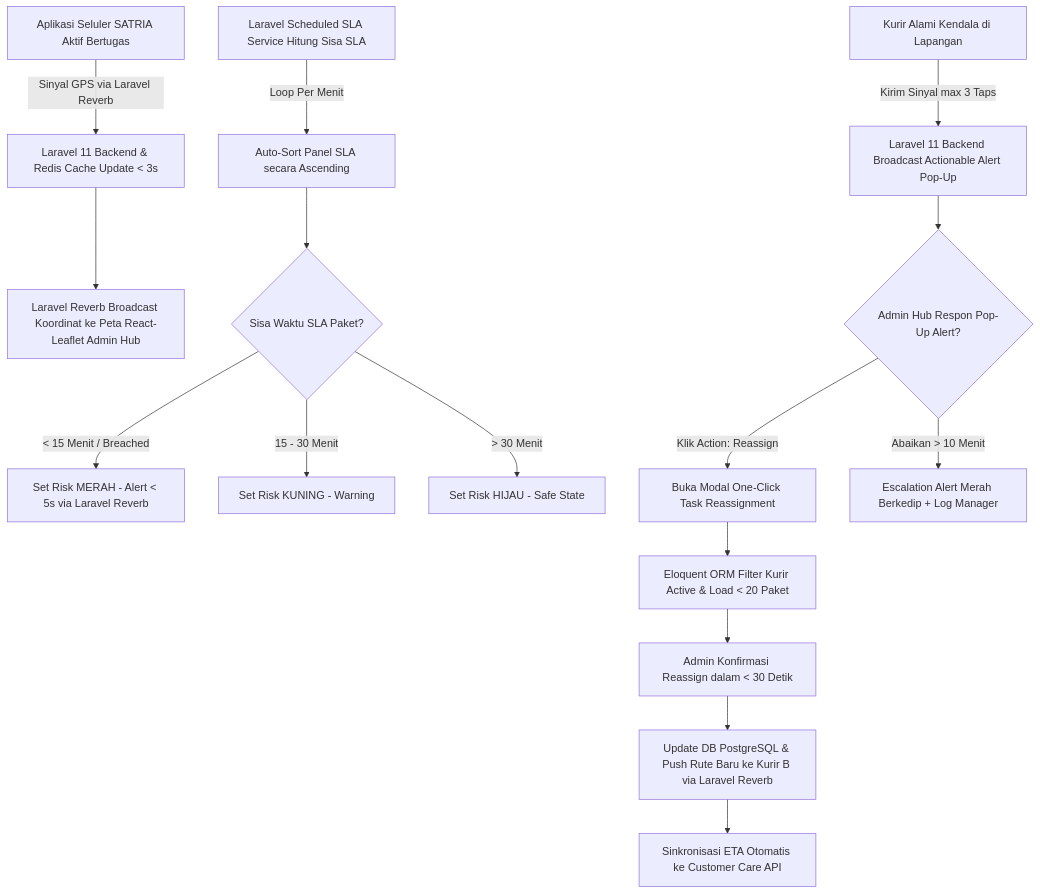
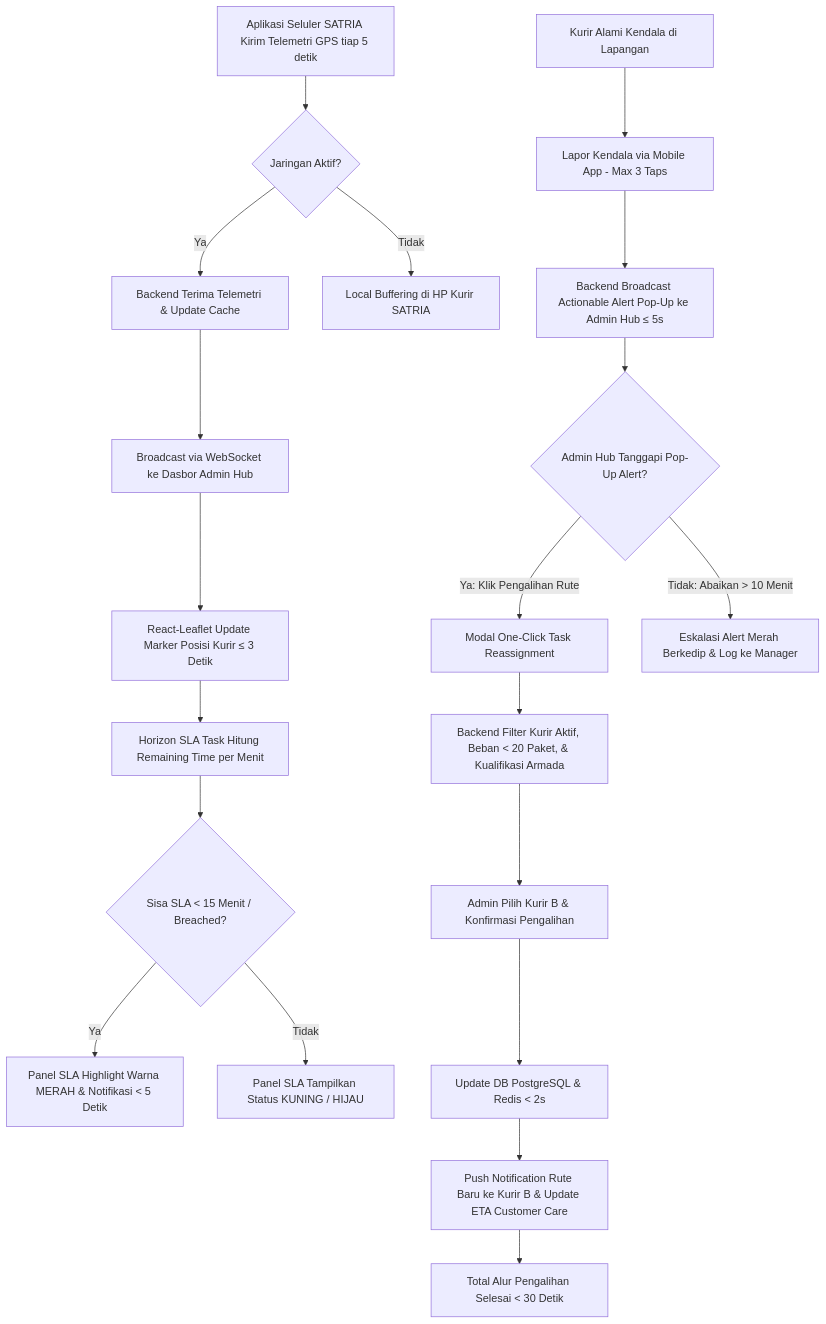
Before and after one commit to Ampasan/anteraja-capstone-naufalrakanramadhan: the diagram in docs/FRD-00-courier-admin-mini-panel.md, drawn with Mermaid. The commit also changed other lines of this file and 6 other files, not shown here.

````diff
--- a/docs/FRD-00-courier-admin-mini-panel.md
+++ b/docs/FRD-00-courier-admin-mini-panel.md
@@ -30,21 +24,24 @@
 ```mermaid
 graph TD
-    A[Aplikasi Seluler SATRIA Aktif Bertugas] -->|Sinyal GPS via Laravel Reverb| B[Laravel 11 Backend & Redis Cache Update < 3s]
-    B --> C[Laravel Reverb Broadcast Koordinat ke Peta React-Leaflet Admin Hub]
+    A[Aplikasi Seluler SATRIA Kirim Telemetri GPS tiap 5 detik] --> B{Jaringan Aktif?}
+    B -- Ya --> C[Backend Terima Telemetri & Update Cache]
+    B -- Tidak --> D[Local Buffering di HP Kurir SATRIA]
+    C --> E[Broadcast via WebSocket ke Dasbor Admin Hub]
+    E --> F[React-Leaflet Update Marker Posisi Kurir ≤ 3 Detik]
+    F --> G[Horizon SLA Task Hitung Remaining Time per Menit]
+    G --> H{Sisa SLA < 15 Menit / Breached?}
+    H -- Ya --> I[Panel SLA Highlight Warna MERAH & Notifikasi < 5 Detik]
+    H -- Tidak --> J[Panel SLA Tampilkan Status KUNING / HIJAU]
     
-    D[Laravel Scheduled SLA Service Hitung Sisa SLA] -->|Loop Per Menit| E[Auto-Sort Panel SLA secara Ascending]
-    E --> F{Sisa Waktu SLA Paket?}
-    F -- "< 15 Menit / Breached" --> G[Set Risk MERAH - Alert < 5s via Laravel Reverb]
-    F -- "15 - 30 Menit" --> H[Set Risk KUNING - Warning]
-    F -- "> 30 Menit" --> I[Set Risk HIJAU - Safe State]
+    K[Kurir Alami Kendala di Lapangan] --> L[Lapor Kendala via Mobile App - Max 3 Taps]
+    L --> M[Backend Broadcast Actionable Alert Pop-Up ke Admin Hub ≤ 5s]
+    M --> N{Admin Hub Tanggapi Pop-Up Alert?}
+    N -- Ya: Klik Pengalihan Rute --> O[Modal One-Click Task Reassignment]
+    N -- Tidak: Abaikan > 10 Menit --> P[Eskalasi Alert Merah Berkedip & Log ke Manager]
     
-    J[Kurir Alami Kendala di Lapangan] -->|Kirim Sinyal max 3 Taps| K[Laravel 11 Backend Broadcast Actionable Alert Pop-Up]
-    K --> L{Admin Hub Respon Pop-Up Alert?}
-    L -- "Klik Action: Reassign" --> M[Buka Modal One-Click Task Reassignment]
-    L -- "Abaikan > 10 Menit" --> N[Escalation Alert Merah Berkedip + Log Manager]
-    
-    M --> O[Eloquent ORM Filter Kurir Active & Load < 20 Paket]
-    O --> P[Admin Konfirmasi Reassign dalam < 30 Detik]
-    P --> Q[Update DB PostgreSQL & Push Rute Baru ke Kurir B via Laravel Reverb]
-    Q --> R[Sinkronisasi ETA Otomatis ke Customer Care API]
+    O --> Q[Backend Filter Kurir Aktif, Beban < 20 Paket, & Kualifikasi Armada]
+    Q --> R[Admin Pilih Kurir B & Konfirmasi Pengalihan]
+    R --> S[Update DB PostgreSQL & Redis < 2s]
+    S --> T[Push Notification Rute Baru ke Kurir B & Update ETA Customer Care]
+    T --> U[Total Alur Pengalihan Selesai < 30 Detik]
 ```
````
